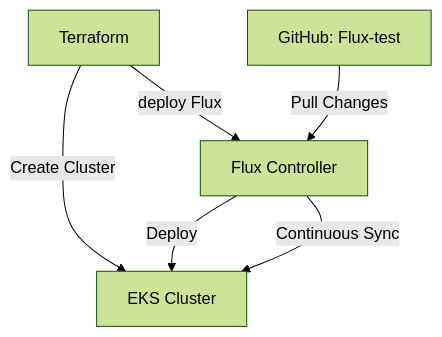
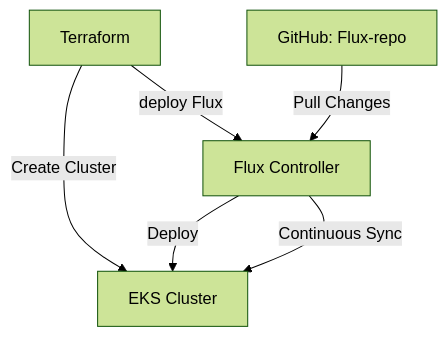
Before and after one commit to gvamsi2010/EKS_CLUSTER: the diagram in README.md, drawn with Mermaid (forest theme).

Commit message:
flux graph

````diff
--- a/README.md
+++ b/README.md
@@ -9,8 +9,8 @@
 ```mermaid
 graph TD
     E[Terraform] -->|Create Cluster| C[EKS Cluster]
-    A[GitHub: Flux-test] -->|Pull Changes| B[Flux Controller]
+    A[GitHub: Flux-repo] -->|Pull Changes| B[Flux Controller]
     B -->|Deploy| C[EKS Cluster]
     E -->|deploy Flux| B
     B -->|Continuous Sync| C
 ```
````
